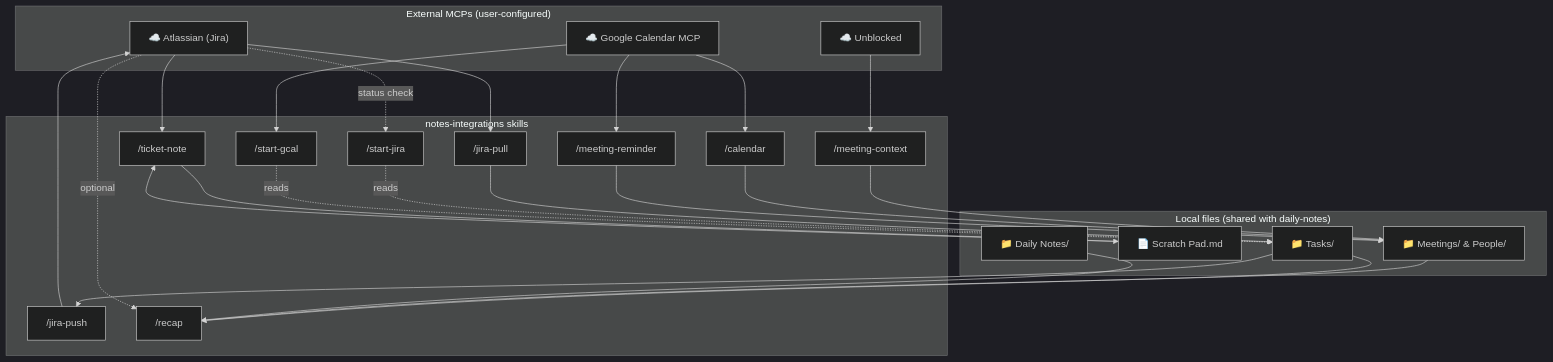
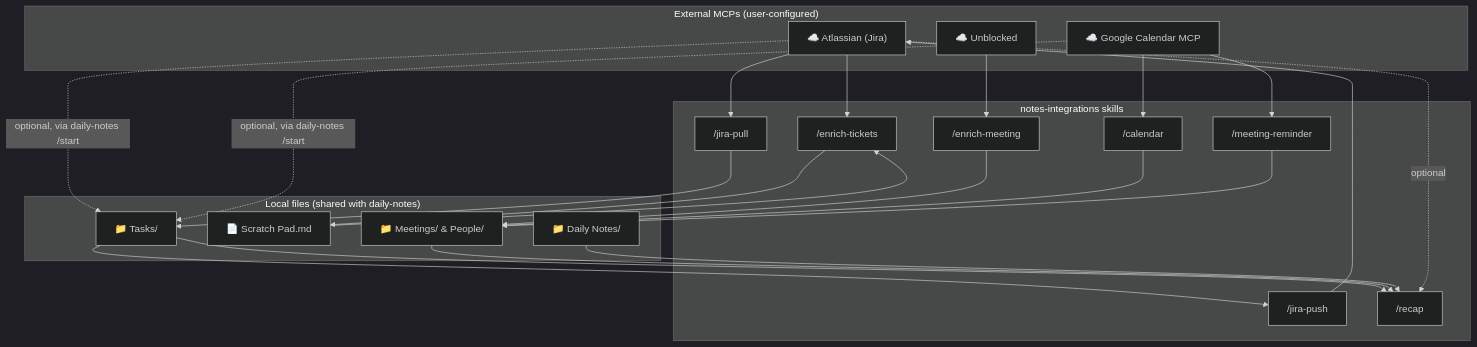
One commit to GhaidaAlAtoum/plugin-playground changed the first of 2 diagrams in plugins/productivity/notes-integrations/CONTRIBUTING.md. Above: the diagram before and after it, drawn with Mermaid (dark theme). The commit also changed other lines of this file and 17 other files, not shown here.

````diff
--- a/plugins/productivity/notes-integrations/CONTRIBUTING.md
+++ b/plugins/productivity/notes-integrations/CONTRIBUTING.md
@@ -9,39 +9,39 @@
 ```mermaid
 flowchart TB
     subgraph ext["External MCPs (user-configured)"]
         AT["☁️ Atlassian (Jira)"]
         UB["☁️ Unblocked"]
         GC["☁️ Google Calendar MCP"]
     end
 
     subgraph ni["notes-integrations skills"]
         jp["/jira-pull"]
         jpush["/jira-push"]
-        sj["/start-jira"]
-        tn["/ticket-note"]
-        mc["/meeting-context"]
+        tn["/enrich-tickets"]
+        mc["/enrich-meeting"]
         recap["/recap"]
         cal["/calendar"]
-        sgcal["/start-gcal"]
         mr["/meeting-reminder"]
     end
 
     subgraph local["Local files (shared with daily-notes)"]
         TF["📁 Tasks/"]
         SP["📄 Scratch Pad.md"]
         MF["📁 Meetings/ & People/"]
         DN["📁 Daily Notes/"]
     end
 
     AT --> jp --> TF
     TF --> jpush --> AT
-    AT -.->|status check| sj -.->|reads| TF
     AT --> tn
     SP --> tn --> SP
     UB --> mc --> MF
     TF & MF & DN --> recap
     AT -.->|optional| recap
     GC --> cal --> MF
-    GC --> sgcal -.->|reads| TF
     GC --> mr --> MF
+
+    %% /start (in daily-notes) reads Atlassian + Google Calendar when available
+    AT -.->|optional, via daily-notes /start| TF
+    GC -.->|optional, via daily-notes /start| TF
 ```
````
